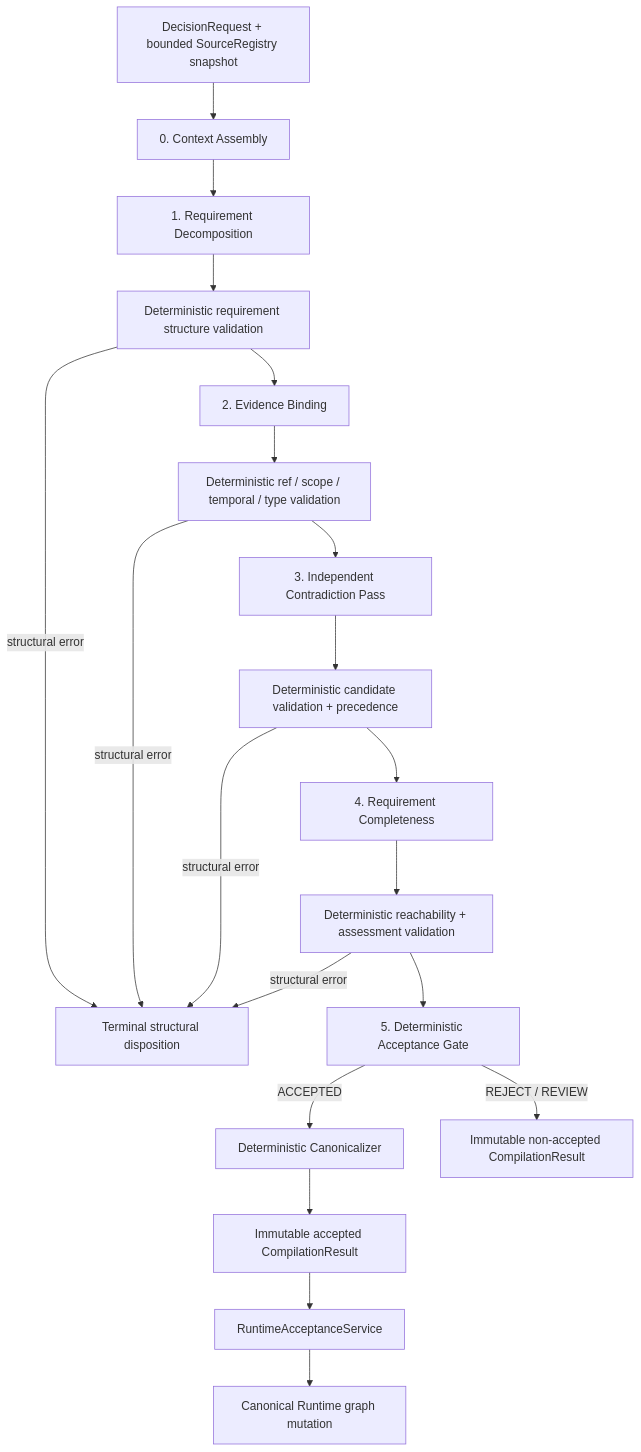
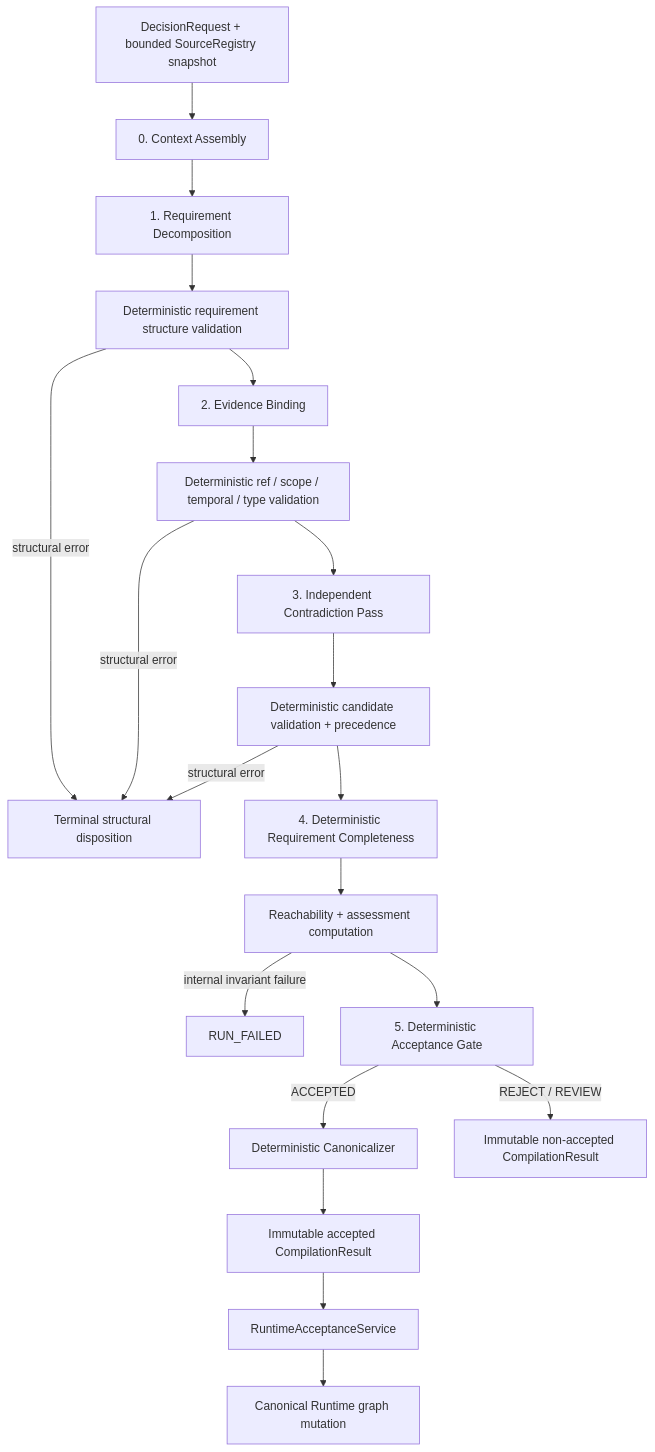
One commit to dabaitudiu/continuum changed the first of 2 diagrams in docs/continuum_module_01_semantic_dependency_compiler/15_REPLACEMENT_ARCHITECTURE.md. Above: the diagram before and after it, drawn with Mermaid. The commit also changed other lines of this file and 10 other files, not shown here.

````diff
--- a/docs/continuum_module_01_semantic_dependency_compiler/15_REPLACEMENT_ARCHITECTURE.md
+++ b/docs/continuum_module_01_semantic_dependency_compiler/15_REPLACEMENT_ARCHITECTURE.md
@@ -40,22 +40,22 @@
 ```mermaid
 flowchart TD
     A[DecisionRequest + bounded SourceRegistry snapshot] --> B[0. Context Assembly]
     B --> C[1. Requirement Decomposition]
     C --> C1[Deterministic requirement structure validation]
     C1 -->|structural error| X[Terminal structural disposition]
     C1 --> D[2. Evidence Binding]
     D --> D1[Deterministic ref / scope / temporal / type validation]
     D1 -->|structural error| X
     D1 --> E[3. Independent Contradiction Pass]
     E --> E1[Deterministic candidate validation + precedence]
     E1 -->|structural error| X
-    E1 --> F[4. Requirement Completeness]
-    F --> F1[Deterministic reachability + assessment validation]
-    F1 -->|structural error| X
+    E1 --> F[4. Deterministic Requirement Completeness]
+    F --> F1[Reachability + assessment computation]
+    F1 -->|internal invariant failure| Y[RUN_FAILED]
     F1 --> G[5. Deterministic Acceptance Gate]
     G -->|ACCEPTED| H[Deterministic Canonicalizer]
     G -->|REJECT / REVIEW| I[Immutable non-accepted CompilationResult]
     H --> J[Immutable accepted CompilationResult]
     J --> K[RuntimeAcceptanceService]
     K --> L[Canonical Runtime graph mutation]
 ```
````
